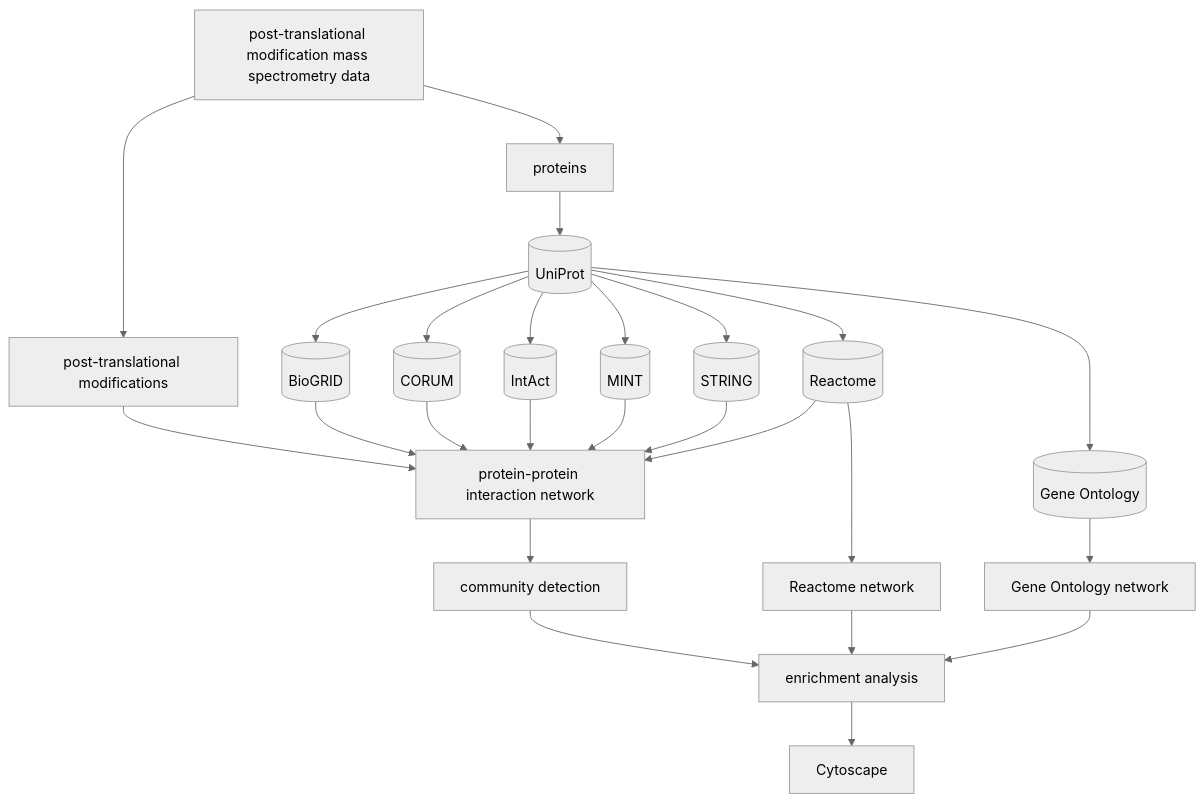
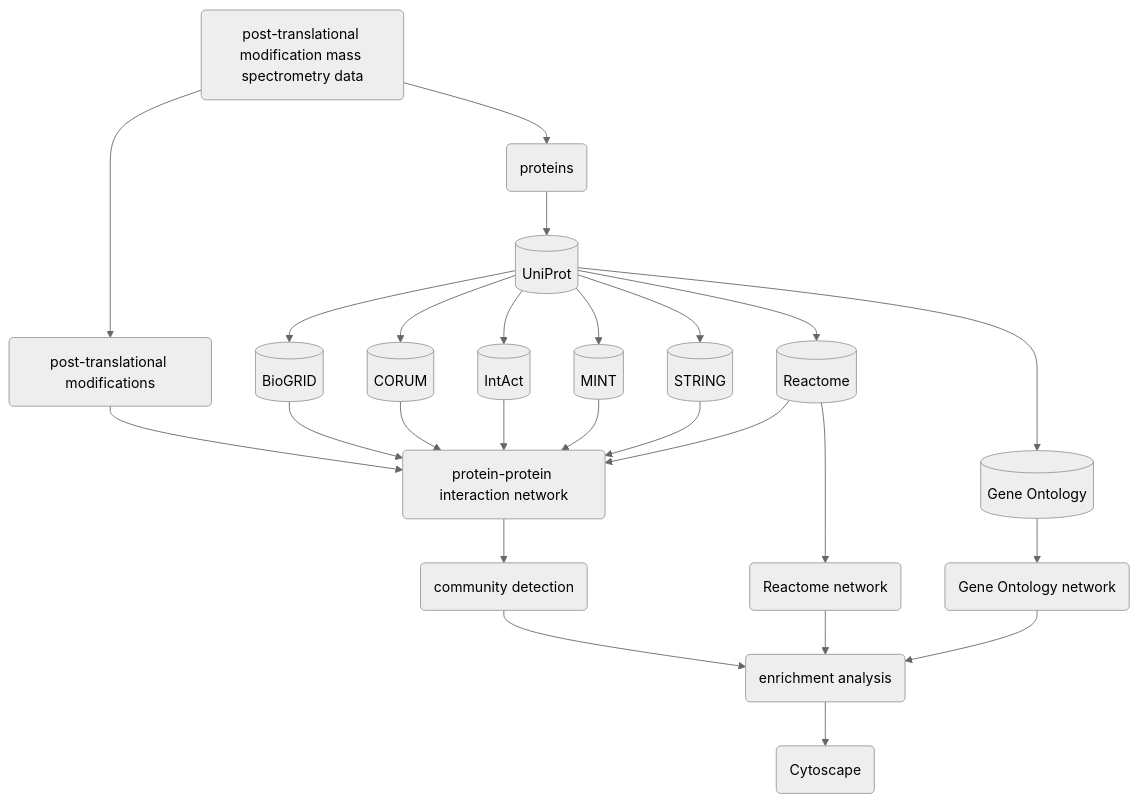
The diagram in README.md (MolBIFFM/diana), drawn with Mermaid (neutral theme) before and after one commit.

Commit message:
flowchart

````diff
--- a/README.md
+++ b/README.md
@@ -48,34 +48,34 @@
 ```mermaid
 flowchart
-  ptm-ms-data[post-translational modification mass spectrometry data] -->
-    proteins[proteins]
-  ptm-ms-data --> ptm[post-translational modifications]
+  ptm-ms-data(post-translational modification mass spectrometry data) -->
+    proteins(proteins)
+  ptm-ms-data --> ptm(post-translational modifications)
 
   proteins --> uniprot[(UniProt)]
   ptm -->
-    protein-protein-interaction-network[protein-protein interaction network]
+    protein-protein-interaction-network(protein-protein interaction network)
 
   uniprot --> biogrid[(BioGRID)]
   uniprot --> corum[(CORUM)]
   uniprot --> intact[(IntAct)]
   uniprot --> mint[(MINT)]
   uniprot --> reactome[(Reactome)]
   uniprot --> string[(STRING)]
   uniprot --> gene-ontology[(Gene Ontology)]
 
   biogrid --> protein-protein-interaction-network
   corum --> protein-protein-interaction-network
   intact--> protein-protein-interaction-network
   mint --> protein-protein-interaction-network
   string --> protein-protein-interaction-network
   reactome --> protein-protein-interaction-network
-  gene-ontology --> gene-ontology-network[Gene Ontology network]
-  reactome --> reactome-network[Reactome network]
+  gene-ontology --> gene-ontology-network(Gene Ontology network)
+  reactome --> reactome-network(Reactome network)
 
   protein-protein-interaction-network -->
-    community-detection[community detection]
-  community-detection --> enrichment-analysis[enrichment analysis]
+    community-detection(community detection)
+  community-detection --> enrichment-analysis(enrichment analysis)
   reactome-network --> enrichment-analysis
   gene-ontology-network --> enrichment-analysis
-  enrichment-analysis --> cytoscape[Cytoscape]
+  enrichment-analysis --> cytoscape(Cytoscape)
 ```
````
